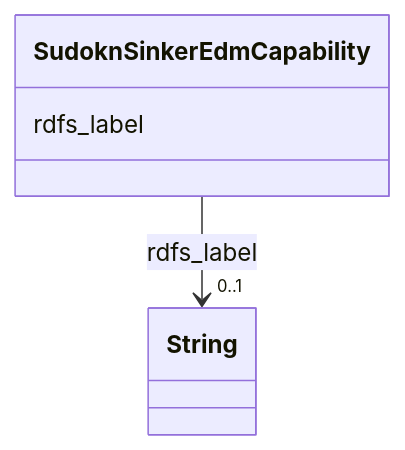
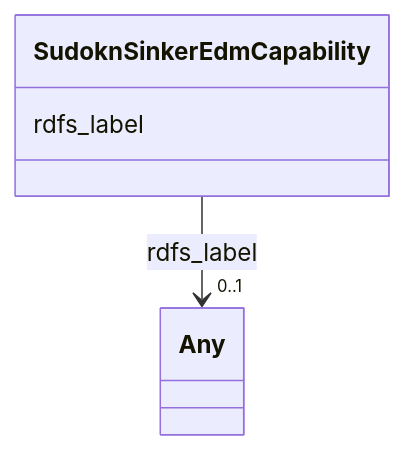
The diagram in sudokn-kg/classes/SudoknSinkerEdmCapability.md (frink-okn/graph-descriptions), drawn with Mermaid before and after one commit. The commit also changed other lines of this file and 903 other files, not shown here.

````diff
--- a/sudokn-kg/classes/SudoknSinkerEdmCapability.md
+++ b/sudokn-kg/classes/SudoknSinkerEdmCapability.md
@@ -23,15 +18,15 @@
 ```mermaid
  classDiagram
     class SudoknSinkerEdmCapability
     click SudoknSinkerEdmCapability href "../SudoknSinkerEdmCapability"
       SudoknSinkerEdmCapability : rdfs_label
         
           
     
     
-    SudoknSinkerEdmCapability --> "0..1" String : rdfs_label
-    click String href "../String"
+    SudoknSinkerEdmCapability --> "0..1" Any : rdfs_label
+    click Any href "../Any"
 
         
       
 ```
````
